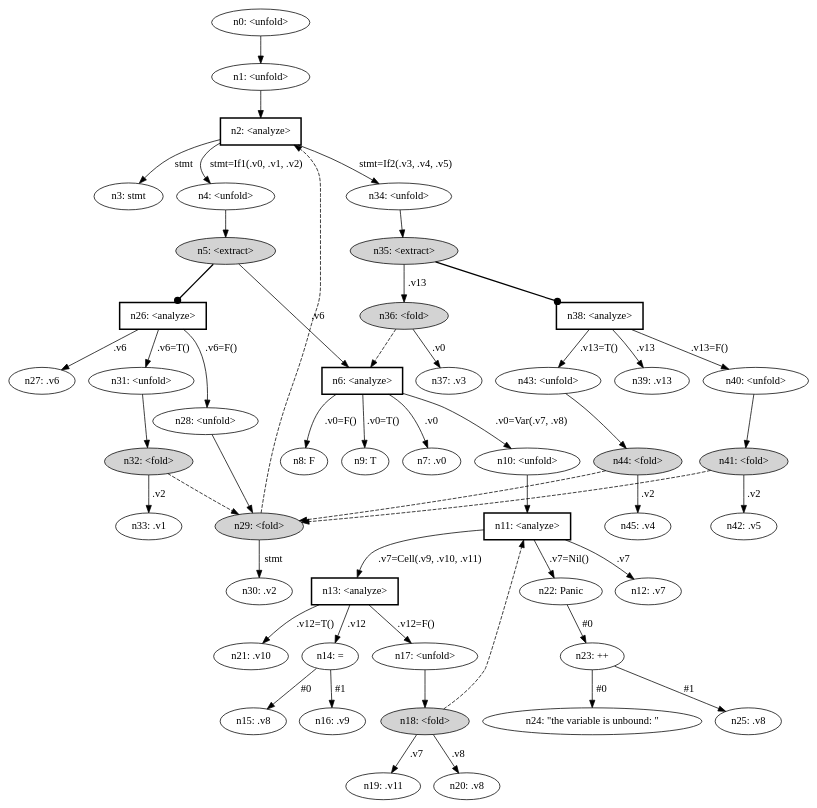
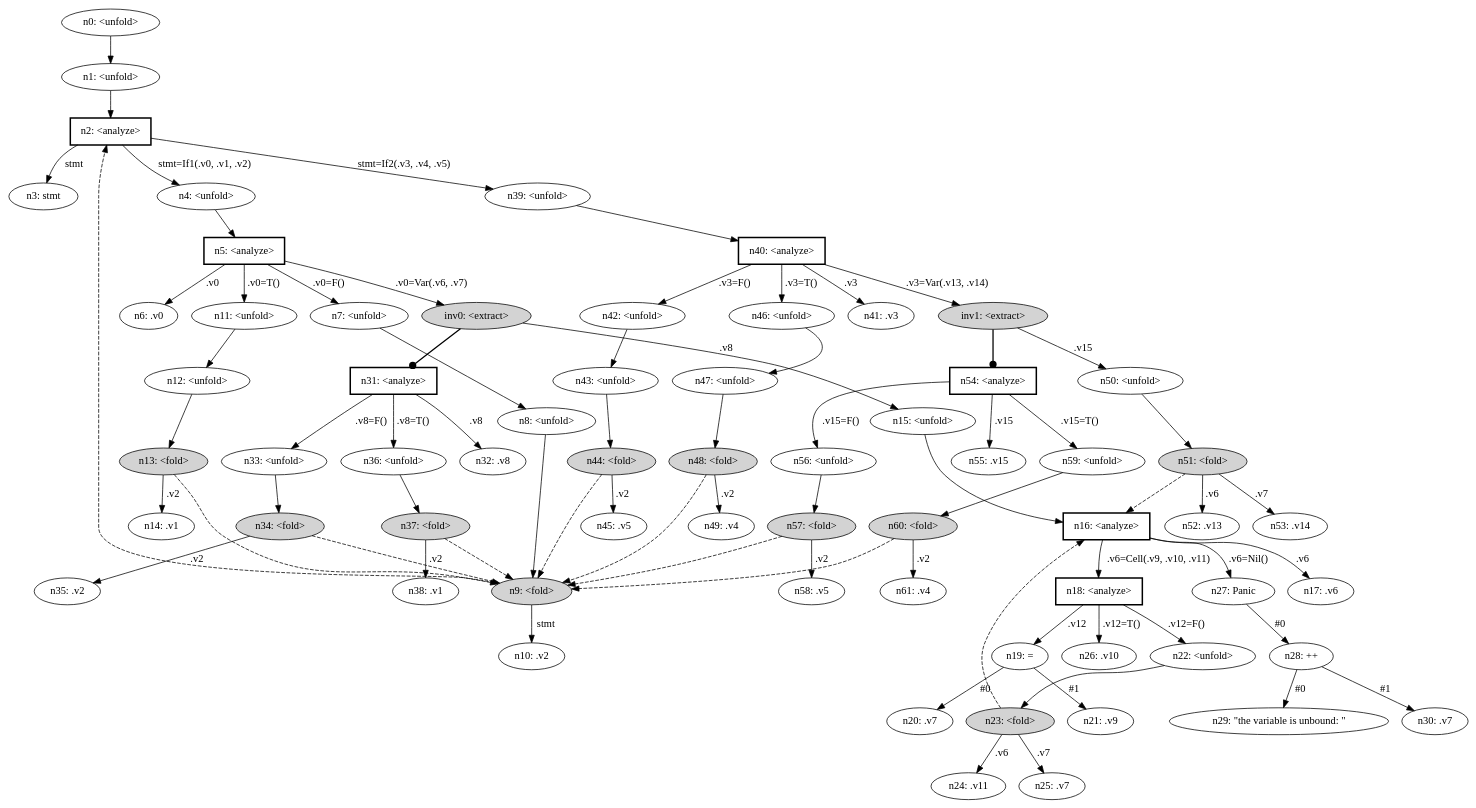
One commit to mazeppa-dev/mazeppa changed the diagram in examples/productivity-analysis/target/graph.dot. Above: the diagram before and after it, drawn with Graphviz. The commit also changed 20 other files, not shown here.

```diff
--- a/examples/productivity-analysis/target/graph.dot
+++ b/examples/productivity-analysis/target/graph.dot
@@ -1,101 +1,141 @@
 digraph {
     node [fontname="bold helvetica"];
     edge [fontname="bold helvetica"];
     n0 [label="n0: <unfold>"];
     n1 [label="n1: <unfold>"];
     n0 -> n1;
     n2 [label="n2: <analyze>"] [shape=box style=bold];
     n1 -> n2;
     n3 [label="n3: stmt"];
     n2 -> n3 [label=" stmt "];
     n4 [label="n4: <unfold>"];
     n2 -> n4 [label=" stmt=If1(.v0, .v1, .v2) "];
-    n5 [label="n5: <extract>"] [style=filled];
+    n5 [label="n5: <analyze>"] [shape=box style=bold];
     n4 -> n5;
-    n6 [label="n6: <analyze>"] [shape=box style=bold];
-    n5 -> n6 [label=" .v6 "];
-    n7 [label="n7: .v0"];
-    n6 -> n7 [label=" .v0 "];
-    n8 [label="n8: F"];
-    n6 -> n8 [label=" .v0=F() "];
-    n9 [label="n9: T"];
-    n6 -> n9 [label=" .v0=T() "];
-    n10 [label="n10: <unfold>"];
-    n6 -> n10 [label=" .v0=Var(.v7, .v8) "];
-    n11 [label="n11: <analyze>"] [shape=box style=bold];
-    n10 -> n11;
-    n12 [label="n12: .v7"];
-    n11 -> n12 [label=" .v7 "];
-    n13 [label="n13: <analyze>"] [shape=box style=bold];
-    n11 -> n13 [label=" .v7=Cell(.v9, .v10, .v11) "];
-    n14 [label="n14: ="];
-    n13 -> n14 [label=" .v12 "];
-    n15 [label="n15: .v8"];
-    n14 -> n15 [label=" #0 "];
-    n16 [label="n16: .v9"];
-    n14 -> n16 [label=" #1 "];
-    n17 [label="n17: <unfold>"];
-    n13 -> n17 [label=" .v12=F() "];
-    n18 [label="n18: <fold>"] [style=filled];
-    n17 -> n18;
-    n18 -> n11 [style=dashed];
-    n19 [label="n19: .v11"];
-    n18 -> n19 [label=" .v7 "];
-    n20 [label="n20: .v8"];
-    n18 -> n20 [label=" .v8 "];
-    n21 [label="n21: .v10"];
-    n13 -> n21 [label=" .v12=T() "];
-    n22 [label="n22: Panic"];
-    n11 -> n22 [label=" .v7=Nil() "];
-    n23 [label="n23: ++"];
-    n22 -> n23 [label=" #0 "];
-    n24 [label="n24: \"the variable is unbound: \""];
-    n23 -> n24 [label=" #0 "];
-    n25 [label="n25: .v8"];
-    n23 -> n25 [label=" #1 "];
-    n26 [label="n26: <analyze>"] [shape=box style=bold];
-    n5 -> n26 [penwidth=1.7 arrowhead=dot];
-    n27 [label="n27: .v6"];
-    n26 -> n27 [label=" .v6 "];
-    n28 [label="n28: <unfold>"];
-    n26 -> n28 [label=" .v6=F() "];
-    n29 [label="n29: <fold>"] [style=filled];
-    n28 -> n29;
-    n29 -> n2 [style=dashed];
-    n30 [label="n30: .v2"];
-    n29 -> n30 [label=" stmt "];
-    n31 [label="n31: <unfold>"];
-    n26 -> n31 [label=" .v6=T() "];
-    n32 [label="n32: <fold>"] [style=filled];
-    n31 -> n32;
-    n32 -> n29 [style=dashed];
-    n33 [label="n33: .v1"];
-    n32 -> n33 [label=" .v2 "];
-    n34 [label="n34: <unfold>"];
-    n2 -> n34 [label=" stmt=If2(.v3, .v4, .v5) "];
-    n35 [label="n35: <extract>"] [style=filled];
-    n34 -> n35;
-    n36 [label="n36: <fold>"] [style=filled];
-    n35 -> n36 [label=" .v13 "];
-    n36 -> n6 [style=dashed];
-    n37 [label="n37: .v3"];
-    n36 -> n37 [label=" .v0 "];
-    n38 [label="n38: <analyze>"] [shape=box style=bold];
-    n35 -> n38 [penwidth=1.7 arrowhead=dot];
-    n39 [label="n39: .v13"];
-    n38 -> n39 [label=" .v13 "];
-    n40 [label="n40: <unfold>"];
-    n38 -> n40 [label=" .v13=F() "];
-    n41 [label="n41: <fold>"] [style=filled];
-    n40 -> n41;
-    n41 -> n29 [style=dashed];
-    n42 [label="n42: .v5"];
-    n41 -> n42 [label=" .v2 "];
+    n6 [label="n6: .v0"];
+    n5 -> n6 [label=" .v0 "];
+    n7 [label="n7: <unfold>"];
+    n5 -> n7 [label=" .v0=F() "];
+    n8 [label="n8: <unfold>"];
+    n7 -> n8;
+    n9 [label="n9: <fold>"] [style=filled];
+    n8 -> n9;
+    n9 -> n2 [style=dashed];
+    n10 [label="n10: .v2"];
+    n9 -> n10 [label=" stmt "];
+    n11 [label="n11: <unfold>"];
+    n5 -> n11 [label=" .v0=T() "];
+    n12 [label="n12: <unfold>"];
+    n11 -> n12;
+    n13 [label="n13: <fold>"] [style=filled];
+    n12 -> n13;
+    n13 -> n9 [style=dashed];
+    n14 [label="n14: .v1"];
+    n13 -> n14 [label=" .v2 "];
+    inv0 [label="inv0: <extract>"] [style=filled];
+    n5 -> inv0 [label=" .v0=Var(.v6, .v7) "];
+    n15 [label="n15: <unfold>"];
+    inv0 -> n15 [label=" .v8 "];
+    n16 [label="n16: <analyze>"] [shape=box style=bold];
+    n15 -> n16;
+    n17 [label="n17: .v6"];
+    n16 -> n17 [label=" .v6 "];
+    n18 [label="n18: <analyze>"] [shape=box style=bold];
+    n16 -> n18 [label=" .v6=Cell(.v9, .v10, .v11) "];
+    n19 [label="n19: ="];
+    n18 -> n19 [label=" .v12 "];
+    n20 [label="n20: .v7"];
+    n19 -> n20 [label=" #0 "];
+    n21 [label="n21: .v9"];
+    n19 -> n21 [label=" #1 "];
+    n22 [label="n22: <unfold>"];
+    n18 -> n22 [label=" .v12=F() "];
+    n23 [label="n23: <fold>"] [style=filled];
+    n22 -> n23;
+    n23 -> n16 [style=dashed];
+    n24 [label="n24: .v11"];
+    n23 -> n24 [label=" .v6 "];
+    n25 [label="n25: .v7"];
+    n23 -> n25 [label=" .v7 "];
+    n26 [label="n26: .v10"];
+    n18 -> n26 [label=" .v12=T() "];
+    n27 [label="n27: Panic"];
+    n16 -> n27 [label=" .v6=Nil() "];
+    n28 [label="n28: ++"];
+    n27 -> n28 [label=" #0 "];
+    n29 [label="n29: \"the variable is unbound: \""];
+    n28 -> n29 [label=" #0 "];
+    n30 [label="n30: .v7"];
+    n28 -> n30 [label=" #1 "];
+    n31 [label="n31: <analyze>"] [shape=box style=bold];
+    inv0 -> n31 [penwidth=1.7 arrowhead=dot];
+    n32 [label="n32: .v8"];
+    n31 -> n32 [label=" .v8 "];
+    n33 [label="n33: <unfold>"];
+    n31 -> n33 [label=" .v8=F() "];
+    n34 [label="n34: <fold>"] [style=filled];
+    n33 -> n34;
+    n34 -> n9 [style=dashed];
+    n35 [label="n35: .v2"];
+    n34 -> n35 [label=" .v2 "];
+    n36 [label="n36: <unfold>"];
+    n31 -> n36 [label=" .v8=T() "];
+    n37 [label="n37: <fold>"] [style=filled];
+    n36 -> n37;
+    n37 -> n9 [style=dashed];
+    n38 [label="n38: .v1"];
+    n37 -> n38 [label=" .v2 "];
+    n39 [label="n39: <unfold>"];
+    n2 -> n39 [label=" stmt=If2(.v3, .v4, .v5) "];
+    n40 [label="n40: <analyze>"] [shape=box style=bold];
+    n39 -> n40;
+    n41 [label="n41: .v3"];
+    n40 -> n41 [label=" .v3 "];
+    n42 [label="n42: <unfold>"];
+    n40 -> n42 [label=" .v3=F() "];
     n43 [label="n43: <unfold>"];
-    n38 -> n43 [label=" .v13=T() "];
+    n42 -> n43;
     n44 [label="n44: <fold>"] [style=filled];
     n43 -> n44;
-    n44 -> n29 [style=dashed];
-    n45 [label="n45: .v4"];
+    n44 -> n9 [style=dashed];
+    n45 [label="n45: .v5"];
     n44 -> n45 [label=" .v2 "];
+    n46 [label="n46: <unfold>"];
+    n40 -> n46 [label=" .v3=T() "];
+    n47 [label="n47: <unfold>"];
+    n46 -> n47;
+    n48 [label="n48: <fold>"] [style=filled];
+    n47 -> n48;
+    n48 -> n9 [style=dashed];
+    n49 [label="n49: .v4"];
+    n48 -> n49 [label=" .v2 "];
+    inv1 [label="inv1: <extract>"] [style=filled];
+    n40 -> inv1 [label=" .v3=Var(.v13, .v14) "];
+    n50 [label="n50: <unfold>"];
+    inv1 -> n50 [label=" .v15 "];
+    n51 [label="n51: <fold>"] [style=filled];
+    n50 -> n51;
+    n51 -> n16 [style=dashed];
+    n52 [label="n52: .v13"];
+    n51 -> n52 [label=" .v6 "];
+    n53 [label="n53: .v14"];
+    n51 -> n53 [label=" .v7 "];
+    n54 [label="n54: <analyze>"] [shape=box style=bold];
+    inv1 -> n54 [penwidth=1.7 arrowhead=dot];
+    n55 [label="n55: .v15"];
+    n54 -> n55 [label=" .v15 "];
+    n56 [label="n56: <unfold>"];
+    n54 -> n56 [label=" .v15=F() "];
+    n57 [label="n57: <fold>"] [style=filled];
+    n56 -> n57;
+    n57 -> n9 [style=dashed];
+    n58 [label="n58: .v5"];
+    n57 -> n58 [label=" .v2 "];
+    n59 [label="n59: <unfold>"];
+    n54 -> n59 [label=" .v15=T() "];
+    n60 [label="n60: <fold>"] [style=filled];
+    n59 -> n60;
+    n60 -> n9 [style=dashed];
+    n61 [label="n61: .v4"];
+    n60 -> n61 [label=" .v2 "];
 }
```
